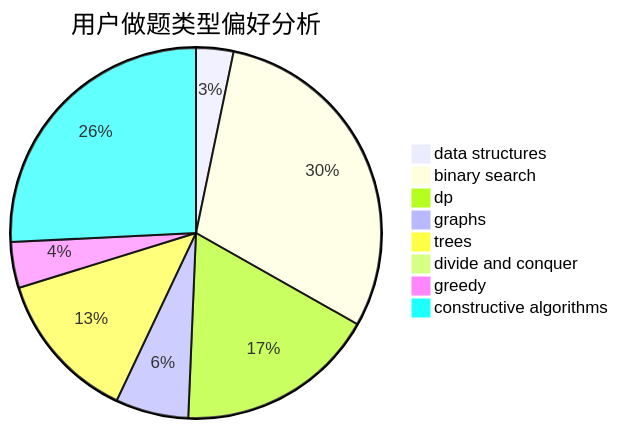
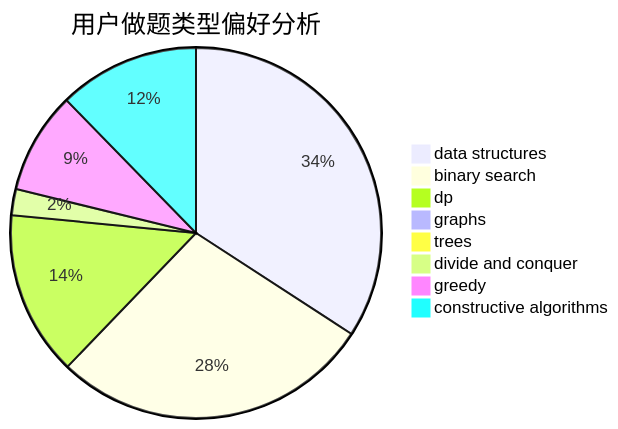
The second of 3 diagrams in docs/user/u2630.md (sherpahu/cfrs.github.io), drawn with Mermaid before and after one commit. The commit also changed other lines of this file and 2770 other files, not shown here.

````diff
--- a/docs/user/u2630.md
+++ b/docs/user/u2630.md
@@ -23,11 +23,11 @@
 ```mermaid
 pie title 用户做题类型偏好分析
-    "data structures" :  22
-    "binary search" :  202
-    "dp" :  118
-    "graphs" :  43
-    "trees" :  89
-    "divide and conquer" :  0
-    "greedy" :  27
-    "constructive algorithms" :  174
+    "data structures" :  150
+    "binary search" :  123
+    "dp" :  63
+    "graphs" :  2
+    "trees" :  2
+    "divide and conquer" :  10
+    "greedy" :  39
+    "constructive algorithms" :  54
 ```
````
